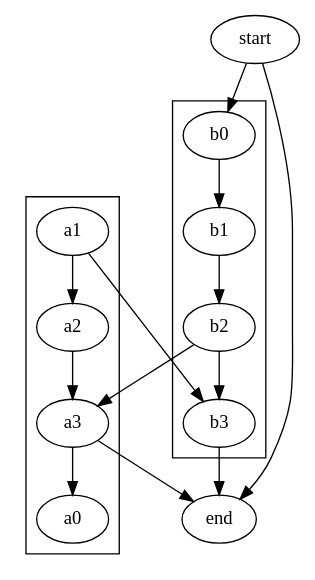
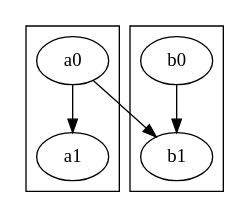
One commit to stefanrinderle/SoftViz3D changed the diagram in x3d/subgraph.dot. Above: the diagram before and after it, drawn with Graphviz. The commit also changed 80 other files, not shown here.

```diff
--- a/x3d/subgraph.dot
+++ b/x3d/subgraph.dot
@@ -1,16 +1,13 @@
 digraph G {
 	subgraph cluster_0 {
 		a0;
-		a1 -> a2 -> a3;
+		a1;
+		a0 -> a1;
 	}
 	subgraph cluster_1 {
-		b0 -> b1 -> b2 -> b3;
+		b0;
+		b1;
+		b0 -> b1;
 	}
-	start -> b0;
-	a1 -> b3;
-	b2 -> a3;
-	a3 -> a0;
-	a3 -> end;
-	b3 -> end;
-	start -> end;
+	a0 -> b1;
 }
```
